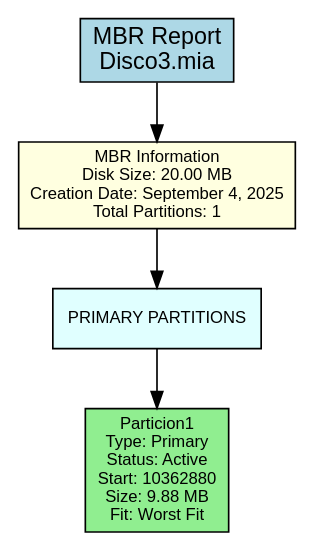
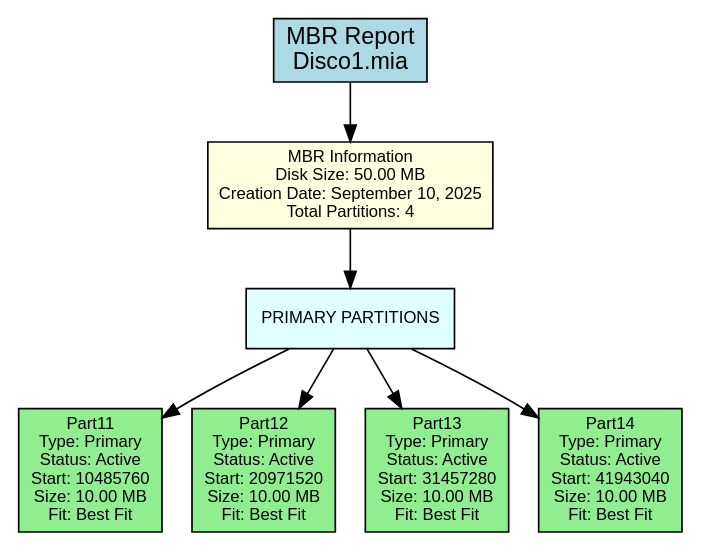
The diagram in backend/provider/reports/src/mbr_381A.dot (DiegVas/MIA_2S2025_P1_202300638), drawn with Graphviz before and after one commit. The commit also changed 28 other files, not shown here.

```diff
--- a/backend/provider/reports/src/mbr_381A.dot
+++ b/backend/provider/reports/src/mbr_381A.dot
@@ -1,18 +1,24 @@
 digraph MBR_Report {
     rankdir=TB;
     node [shape=box, style=filled];
     graph [fontname="Arial", fontsize=12];
     node [fontname="Arial", fontsize=10];
     edge [fontname="Arial"];
 
-    title [label="MBR Report\nDisco3.mia", fillcolor=lightblue, fontsize=14];
+    title [label="MBR Report\nDisco1.mia", fillcolor=lightblue, fontsize=14];
 
-    mbr_info [label="MBR Information\nDisk Size: 20.00 MB\nCreation Date: September 4, 2025\nTotal Partitions: 1", fillcolor=lightyellow];
+    mbr_info [label="MBR Information\nDisk Size: 50.00 MB\nCreation Date: September 10, 2025\nTotal Partitions: 4", fillcolor=lightyellow];
 
     primary_section [label="PRIMARY PARTITIONS", shape=box, style=filled, fillcolor=lightcyan];
-    primary_0 [label="Particion1\nType: Primary\nStatus: Active\nStart: 10362880\nSize: 9.88 MB\nFit: Worst Fit", fillcolor=lightgreen];
+    primary_0 [label="Part11\nType: Primary\nStatus: Active\nStart: 10485760\nSize: 10.00 MB\nFit: Best Fit", fillcolor=lightgreen];
     primary_section -> primary_0;
+    primary_1 [label="Part12\nType: Primary\nStatus: Active\nStart: 20971520\nSize: 10.00 MB\nFit: Best Fit", fillcolor=lightgreen];
+    primary_section -> primary_1;
+    primary_2 [label="Part13\nType: Primary\nStatus: Active\nStart: 31457280\nSize: 10.00 MB\nFit: Best Fit", fillcolor=lightgreen];
+    primary_section -> primary_2;
+    primary_3 [label="Part14\nType: Primary\nStatus: Active\nStart: 41943040\nSize: 10.00 MB\nFit: Best Fit", fillcolor=lightgreen];
+    primary_section -> primary_3;
 
     title -> mbr_info;
     mbr_info -> primary_section;
 }
```
